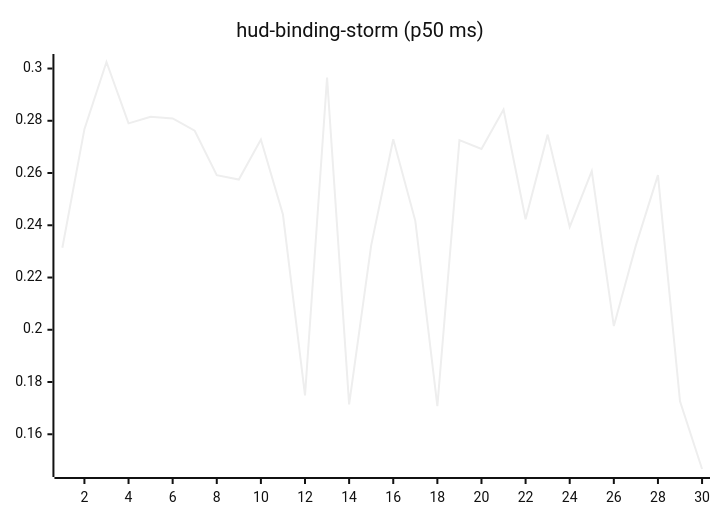
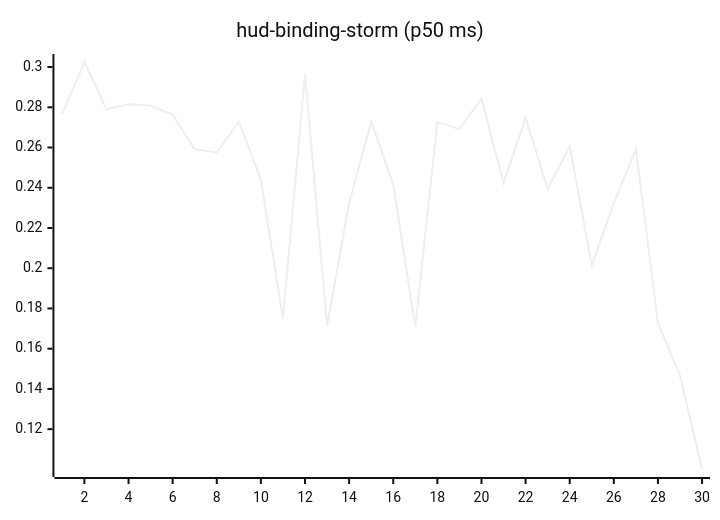
One commit to josha/Facet changed the tenth of 27 diagrams in README.md. Above: the diagram before and after it, drawn with Mermaid (neutral theme). The commit also changed other lines of this file and 2 other files, not shown here.

````diff
--- a/README.md
+++ b/README.md
@@ -126,6 +126,6 @@
 ```mermaid
 xychart-beta
     title "hud-binding-storm (p50 ms)"
     x-axis 1 --> 30
-    line [0.2314, 0.2768, 0.3025, 0.2790, 0.2815, 0.2809, 0.2762, 0.2592, 0.2575, 0.2728, 0.2441, 0.1749, 0.2965, 0.1714, 0.2323, 0.2729, 0.2417, 0.1708, 0.2726, 0.2692, 0.2843, 0.2423, 0.2747, 0.2394, 0.2607, 0.2014, 0.2323, 0.2592, 0.1726, 0.1467]
+    line [0.2768, 0.3025, 0.2790, 0.2815, 0.2809, 0.2762, 0.2592, 0.2575, 0.2728, 0.2441, 0.1749, 0.2965, 0.1714, 0.2323, 0.2729, 0.2417, 0.1708, 0.2726, 0.2692, 0.2843, 0.2423, 0.2747, 0.2394, 0.2607, 0.2014, 0.2323, 0.2592, 0.1726, 0.1467, 0.1002]
 ```
````
